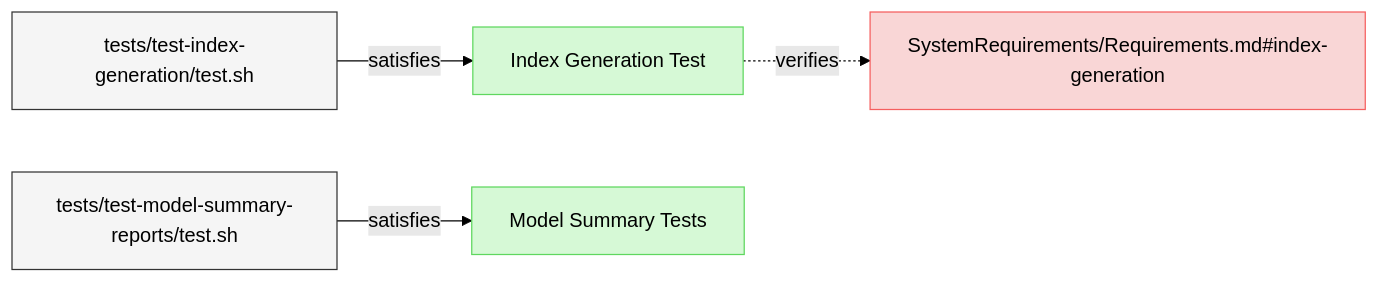
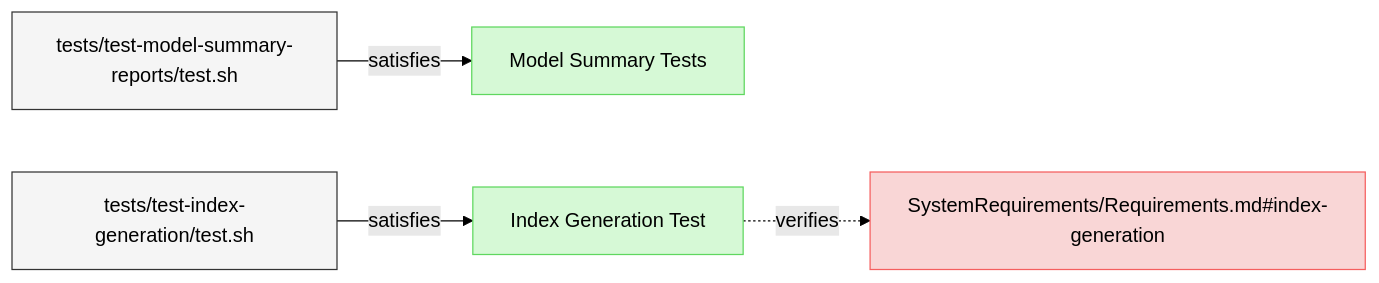
The diagram in specifications/Verifications/ReportsTests.md (reqvire-org/reqvire), drawn with Mermaid (forest theme) before and after one commit. The commit also changed 22 other files, not shown here.

````diff
--- a/specifications/Verifications/ReportsTests.md
+++ b/specifications/Verifications/ReportsTests.md
@@ -6,27 +6,27 @@
 ```mermaid
 graph LR;
   %% Graph styling
   classDef requirement fill:#f9d6d6,stroke:#f55f5f,stroke-width:1px;
   classDef verification fill:#d6f9d6,stroke:#5fd75f,stroke-width:1px;
   classDef externalLink fill:#d0e0ff,stroke:#3080ff,stroke-width:1px;
   classDef default fill:#f5f5f5,stroke:#333333,stroke-width:1px;
 
+  ecd5cbbaddffb824["Model Summary Tests"];
+  click ecd5cbbaddffb824 "https://github.com/Reqvire/reqvire/blob/ad88ba6b828e94c93382866fefd058c011c1ac60/specifications/Verifications/ReportsTests.md#model-summary-tests";
+  class ecd5cbbaddffb824 verification;
+  ed42c8b28f021de0["tests/test-model-summary-reports/test.sh"];
+  class ed42c8b28f021de0 default;
+  click ed42c8b28f021de0 "https://github.com/Reqvire/reqvire/blob/ad88ba6b828e94c93382866fefd058c011c1ac60/tests/test-model-summary-reports/test.sh";
+  ed42c8b28f021de0 -->|satisfies| ecd5cbbaddffb824;
   62274e8cf8493254["Index Generation Test"];
-  click 62274e8cf8493254 "https://github.com/Reqvire/reqvire/blob/667635d4628fed400323f7df3689af2dbc2ad666/specifications/Verifications/ReportsTests.md#index-generation-test";
+  click 62274e8cf8493254 "https://github.com/Reqvire/reqvire/blob/ad88ba6b828e94c93382866fefd058c011c1ac60/specifications/Verifications/ReportsTests.md#index-generation-test";
   class 62274e8cf8493254 verification;
   3b4bfa0725509a0e["SystemRequirements/Requirements.md#index-generation"];
   class 3b4bfa0725509a0e requirement;
-  click 3b4bfa0725509a0e "https://github.com/Reqvire/reqvire/blob/667635d4628fed400323f7df3689af2dbc2ad666/specifications/SystemRequirements/Requirements.md#index-generation";
+  click 3b4bfa0725509a0e "https://github.com/Reqvire/reqvire/blob/ad88ba6b828e94c93382866fefd058c011c1ac60/specifications/SystemRequirements/Requirements.md#index-generation";
   62274e8cf8493254 -.->|verifies| 3b4bfa0725509a0e;
   9c89c7cfe5f93c50["tests/test-index-generation/test.sh"];
   class 9c89c7cfe5f93c50 default;
-  click 9c89c7cfe5f93c50 "https://github.com/Reqvire/reqvire/blob/667635d4628fed400323f7df3689af2dbc2ad666/tests/test-index-generation/test.sh";
+  click 9c89c7cfe5f93c50 "https://github.com/Reqvire/reqvire/blob/ad88ba6b828e94c93382866fefd058c011c1ac60/tests/test-index-generation/test.sh";
   9c89c7cfe5f93c50 -->|satisfies| 62274e8cf8493254;
-  ecd5cbbaddffb824["Model Summary Tests"];
-  click ecd5cbbaddffb824 "https://github.com/Reqvire/reqvire/blob/667635d4628fed400323f7df3689af2dbc2ad666/specifications/Verifications/ReportsTests.md#model-summary-tests";
-  class ecd5cbbaddffb824 verification;
-  ed42c8b28f021de0["tests/test-model-summary-reports/test.sh"];
-  class ed42c8b28f021de0 default;
-  click ed42c8b28f021de0 "https://github.com/Reqvire/reqvire/blob/667635d4628fed400323f7df3689af2dbc2ad666/tests/test-model-summary-reports/test.sh";
-  ed42c8b28f021de0 -->|satisfies| ecd5cbbaddffb824;
 ```
````
